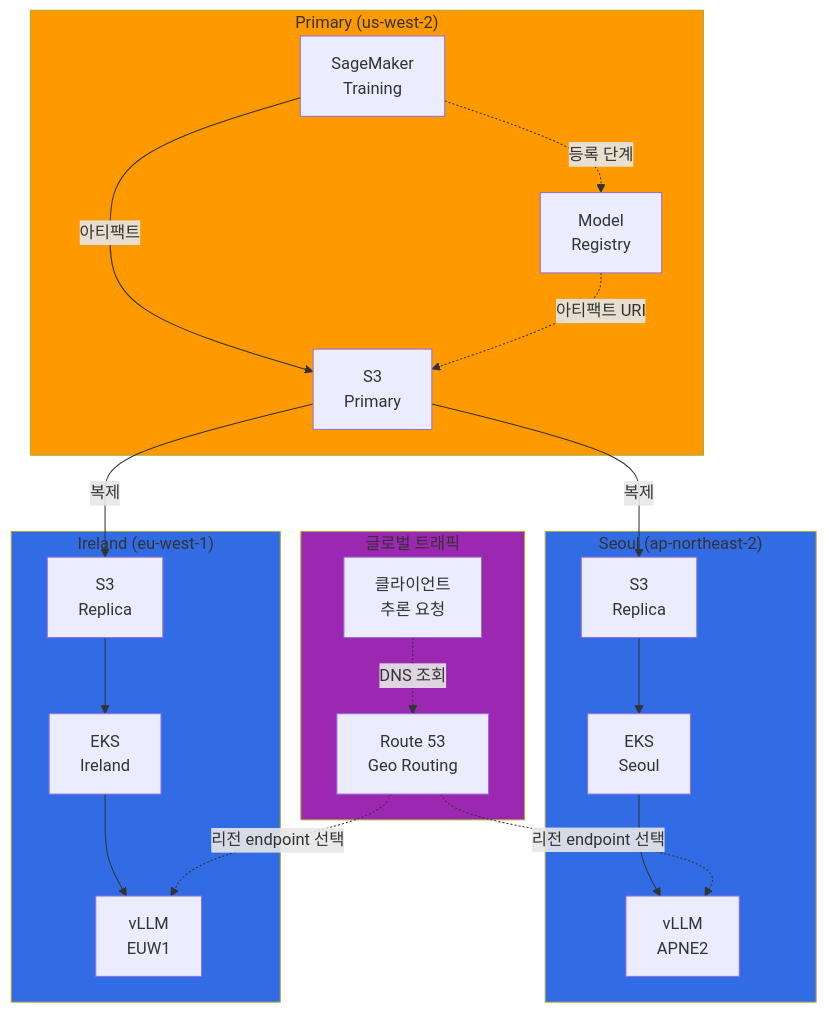
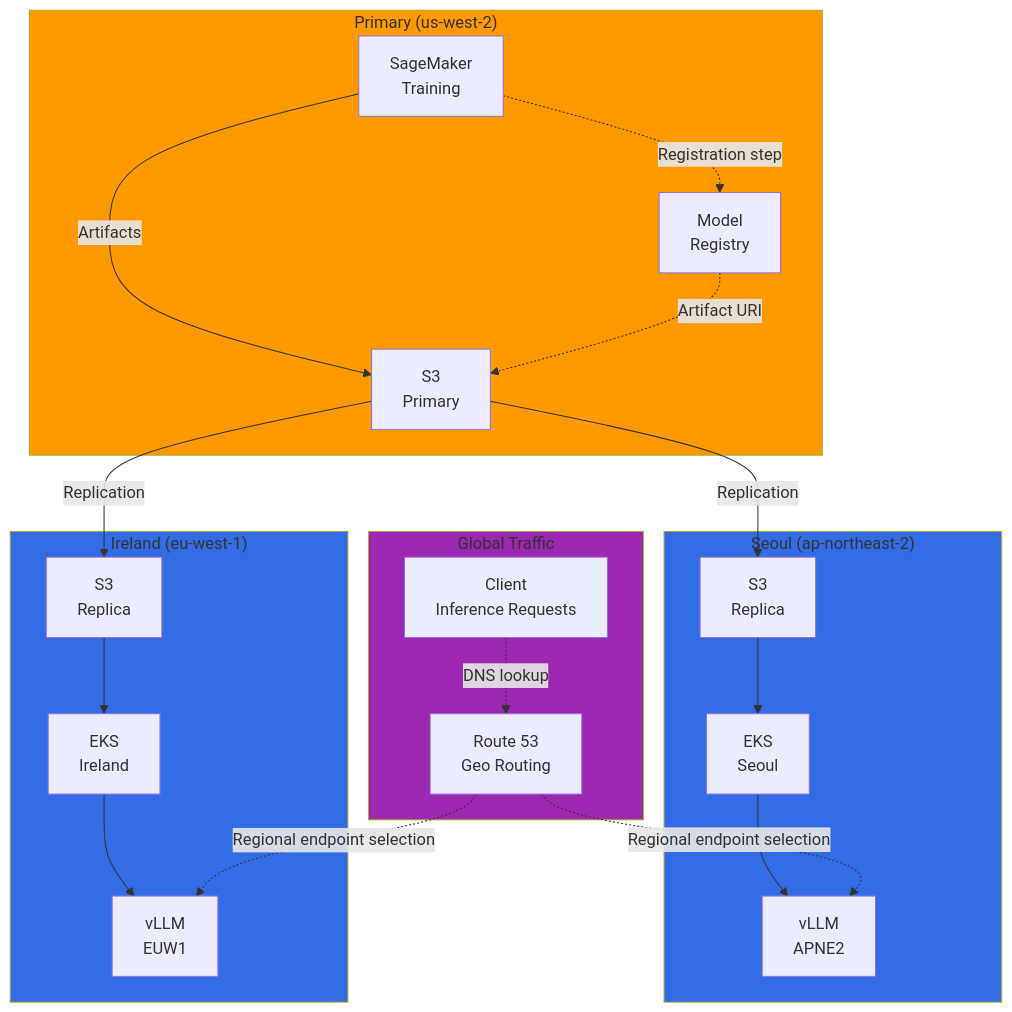
The third of 4 diagrams in docs/agentic-ai-platform/reference-architecture/integrations/sagemaker-eks-integration.md (devfloor9/engineering-playbook), drawn with Mermaid before and after one commit. The commit also changed other lines of this file and 954 other files, not shown here.

````diff
--- a/docs/agentic-ai-platform/reference-architecture/integrations/sagemaker-eks-integration.md
+++ b/docs/agentic-ai-platform/reference-architecture/integrations/sagemaker-eks-integration.md
@@ -641,47 +641,47 @@
 ```mermaid
 flowchart TB
     subgraph Primary["Primary (us-west-2)"]
         SM_TRAIN[SageMaker<br/>Training]
         SM_REG[Model<br/>Registry]
         S3_PRIMARY[S3<br/>Primary]
     end
 
     subgraph APNE2["Seoul (ap-northeast-2)"]
         S3_REPLICA[S3<br/>Replica]
         EKS_AP[EKS<br/>Seoul]
         VLLM_AP[vLLM<br/>APNE2]
     end
 
     subgraph EUW1["Ireland (eu-west-1)"]
         S3_EU[S3<br/>Replica]
         EKS_EU[EKS<br/>Ireland]
         VLLM_EU[vLLM<br/>EUW1]
     end
 
-    subgraph Global["글로벌 트래픽"]
-        CLOUDFRONT[클라이언트<br/>추론 요청]
+    subgraph Global["Global Traffic"]
+        CLOUDFRONT[Client<br/>Inference Requests]
         R53[Route 53<br/>Geo Routing]
     end
 
-    SM_TRAIN -.->|등록 단계| SM_REG
-    SM_TRAIN -->|아티팩트| S3_PRIMARY
-    SM_REG -.->|아티팩트 URI| S3_PRIMARY
+    SM_TRAIN -.->|Registration step| SM_REG
+    SM_TRAIN -->|Artifacts| S3_PRIMARY
+    SM_REG -.->|Artifact URI| S3_PRIMARY
 
-    S3_PRIMARY -->|복제| S3_REPLICA
-    S3_PRIMARY -->|복제| S3_EU
+    S3_PRIMARY -->|Replication| S3_REPLICA
+    S3_PRIMARY -->|Replication| S3_EU
 
     S3_REPLICA --> EKS_AP
     EKS_AP --> VLLM_AP
 
     S3_EU --> EKS_EU
     EKS_EU --> VLLM_EU
 
-    CLOUDFRONT -.->|DNS 조회| R53
-    R53 -.->|리전 endpoint 선택| VLLM_AP
-    R53 -.->|리전 endpoint 선택| VLLM_EU
+    CLOUDFRONT -.->|DNS lookup| R53
+    R53 -.->|Regional endpoint selection| VLLM_AP
+    R53 -.->|Regional endpoint selection| VLLM_EU
 
     style Primary fill:#ff9900
     style APNE2 fill:#326ce5
     style EUW1 fill:#326ce5
     style Global fill:#9c27b0
 ```
````
